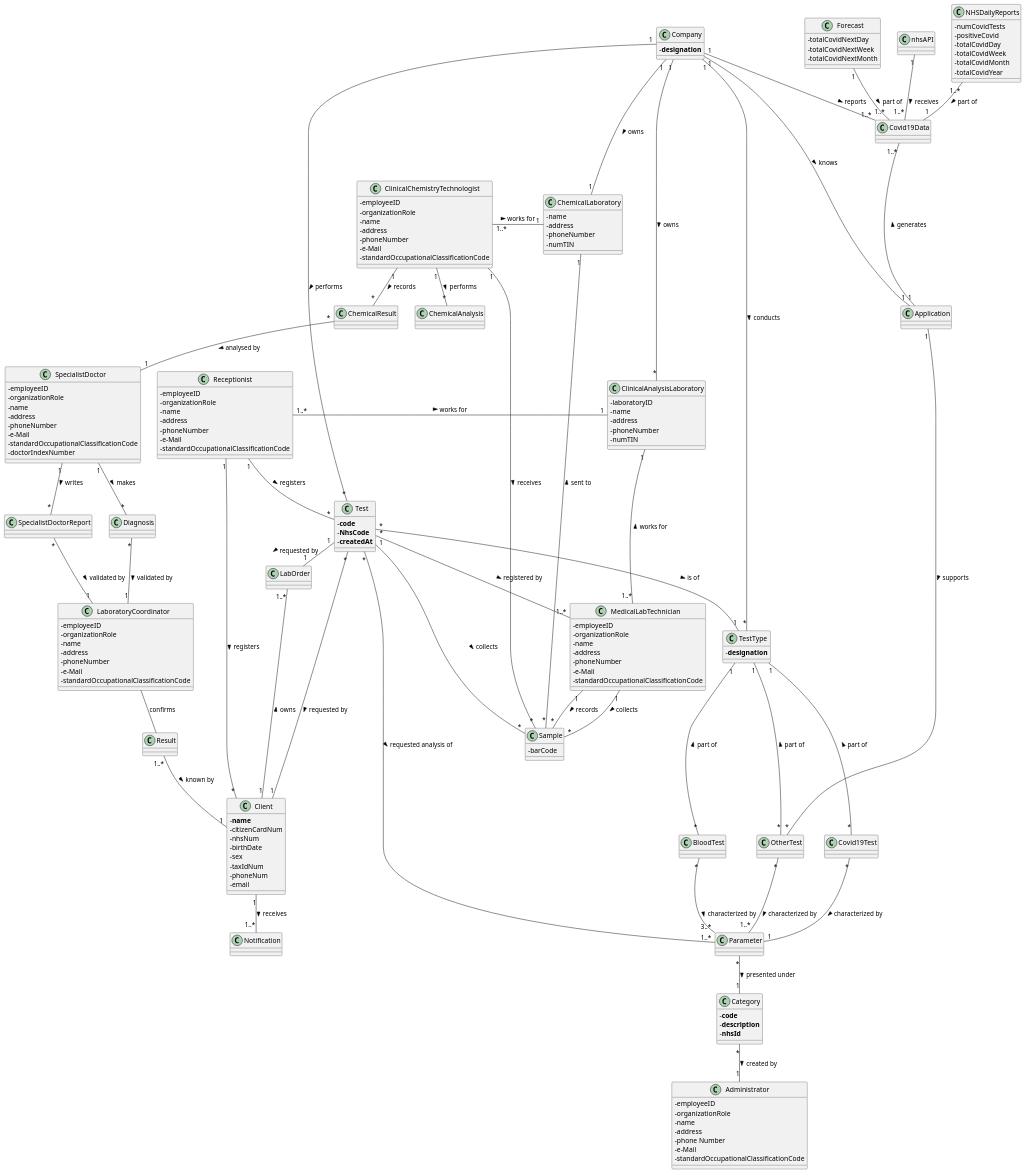
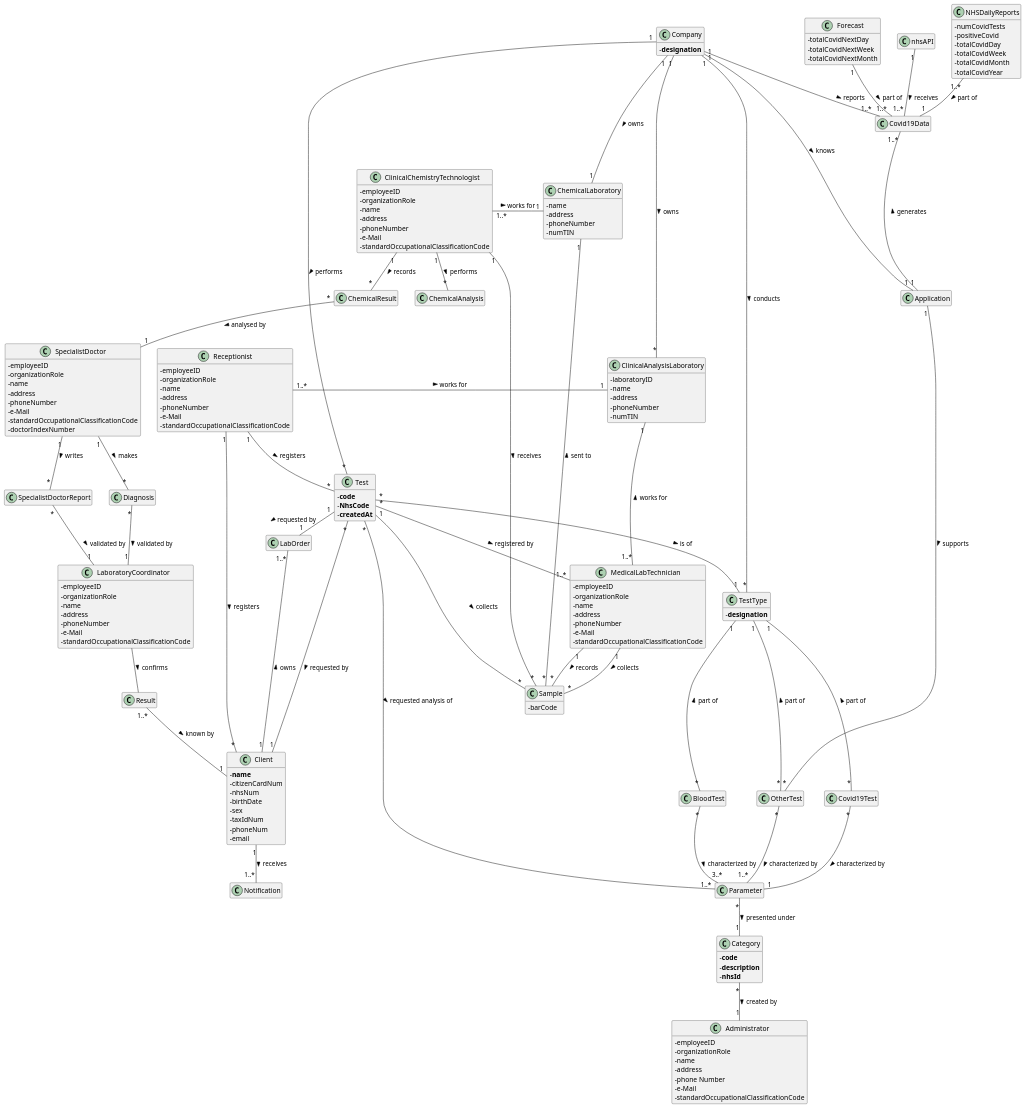
The diagram in docs/SprintA/Ana - V2 DM.puml (ana-albergaria/LAPR2-ISEP), drawn with PlantUML before and after one commit. The commit also changed 1 other file, not shown here.

Commit message:
DM Diagram Aesthetics Details

```diff
--- a/docs/SprintA/Ana - V2 DM.puml
+++ b/docs/SprintA/Ana - V2 DM.puml
@@ -3,6 +3,8 @@
 /'Adicionei Cliente <-> Resultado'/
 
 skinparam classAttributeIconSize 0
+hide empty methods
+hide empty attributes
 
 class Test{
 - **code**
@@ -251,7 +253,7 @@
 /'ClinicalResult -- Application : known by >'/
 /'ClinicalResult -- LaboratoryCoordinator : validated by >'/
 Diagnosis "*" -- "1" LaboratoryCoordinator : validated by >
-LaboratoryCoordinator -- Result : confirms
+LaboratoryCoordinator -- Result : confirms >
 Client "1" -- "1..*" Notification : receives >
 Result "1..*" -- "1" Client : known by >
 /'Result -- MedicalLabTechnician : known by >'/
```
